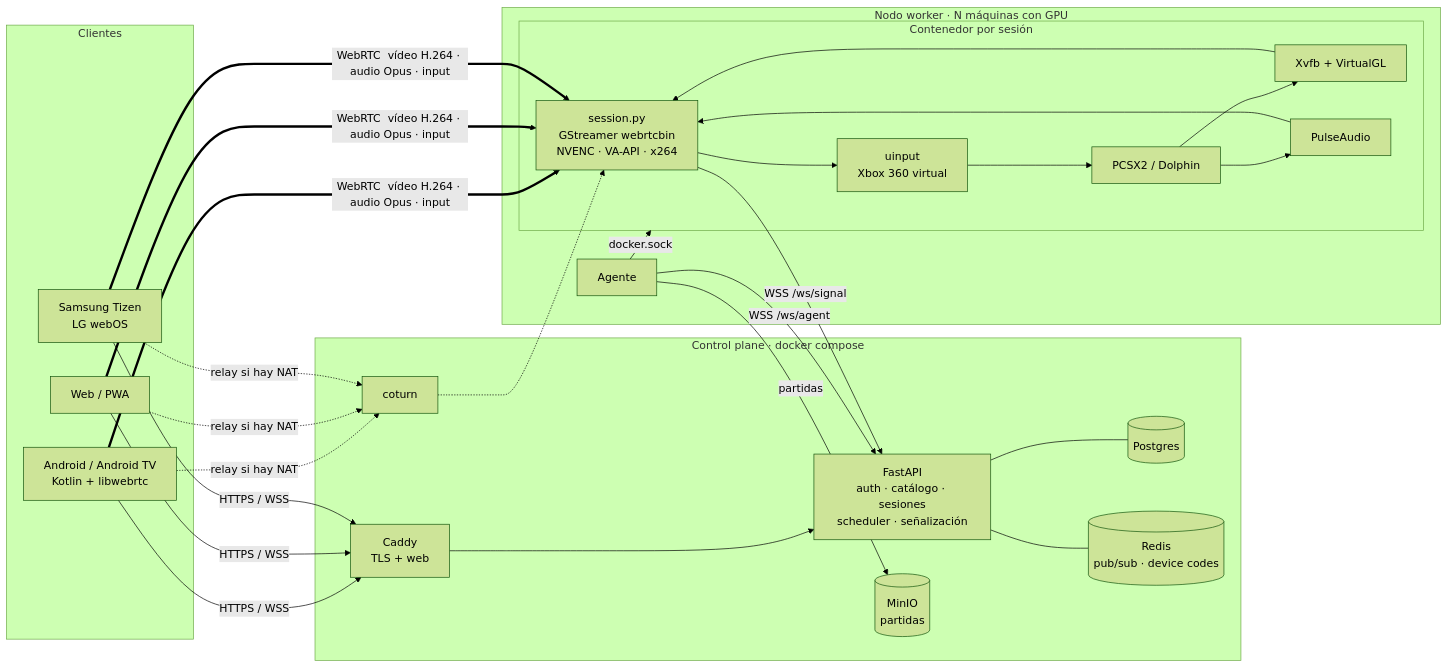
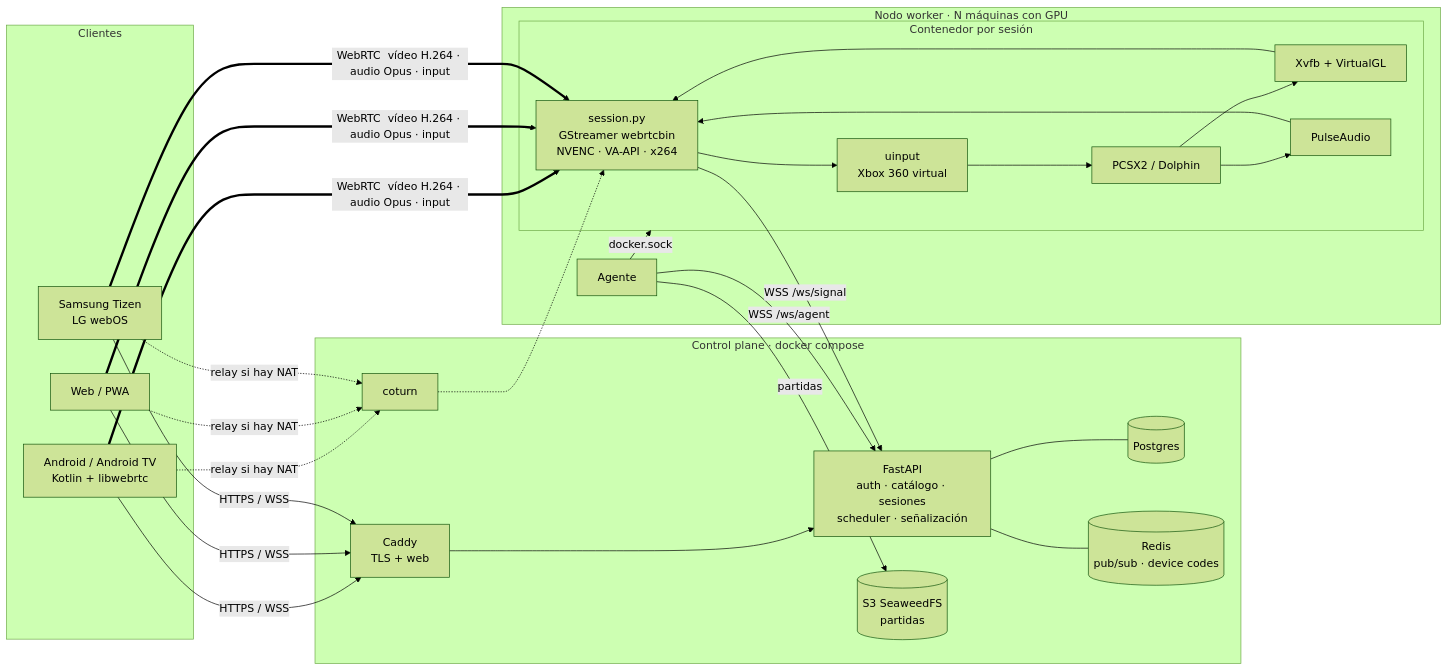
Before and after one commit to fieropirata275/CloudPlay: the first of 2 diagrams in docs/ARCHITECTURE.md, drawn with Mermaid (forest theme). The commit also changed other lines of this file and 64 other files, not shown here.

````diff
--- a/docs/ARCHITECTURE.md
+++ b/docs/ARCHITECTURE.md
@@ -3,40 +3,40 @@
 ```mermaid
 flowchart LR
   subgraph Clientes
     A[Android / Android TV<br/>Kotlin + libwebrtc]
     W[Web / PWA]
     T[Samsung Tizen<br/>LG webOS]
   end
 
   subgraph CP[Control plane · docker compose]
     C[Caddy<br/>TLS + web]
     API[FastAPI<br/>auth · catálogo · sesiones<br/>scheduler · señalización]
     PG[(Postgres)]
     R[(Redis<br/>pub/sub · device codes)]
-    S3[(MinIO<br/>partidas)]
+    S3[(S3 SeaweedFS<br/>partidas)]
     TURN[coturn]
   end
 
   subgraph N[Nodo worker · N máquinas con GPU]
     AG[Agente]
     subgraph S[Contenedor por sesión]
       X[Xvfb + VirtualGL]
       E[PCSX2 / Dolphin]
       P[PulseAudio]
       ST[session.py<br/>GStreamer webrtcbin<br/>NVENC · VA-API · x264]
       U[uinput<br/>Xbox 360 virtual]
     end
   end
 
   A & W & T -- HTTPS / WSS --> C --> API
   API --- PG & R
   AG -- WSS /ws/agent --> API
   AG -- docker.sock --> S
   AG -- partidas --> S3
   ST -- WSS /ws/signal --> API
   A & W & T == WebRTC  vídeo H.264 · audio Opus · input ==> ST
   A & W & T -. relay si hay NAT .-> TURN -.-> ST
   E --> X --> ST
   E --> P --> ST
   ST --> U --> E
 ```
````
